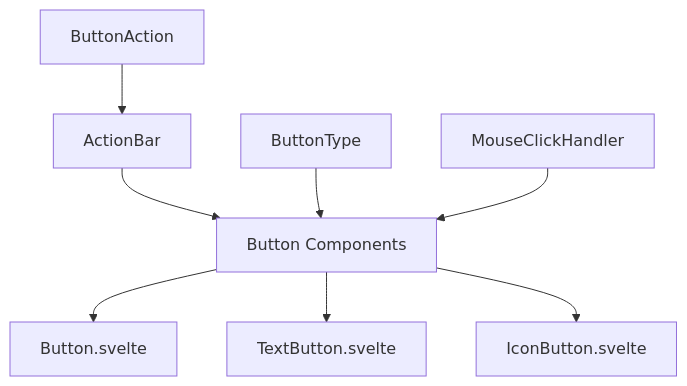
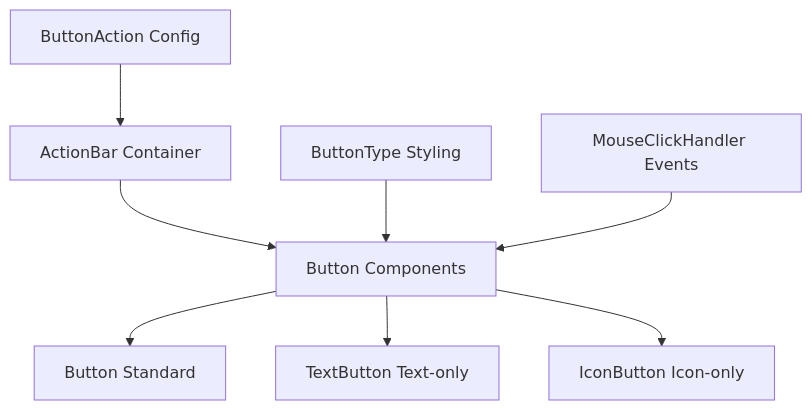
The diagram in docs/buttons/en/README.md (ticatec/uniface-element), drawn with Mermaid before and after one commit. The commit also changed other lines of this file and 118 other files, not shown here.

````diff
--- a/docs/buttons/en/README.md
+++ b/docs/buttons/en/README.md
@@ -29,10 +55,10 @@
 ```mermaid
 graph TD
-    A[ActionBar] --> B[Button Components]
-    B --> C[Button.svelte]
-    B --> D[TextButton.svelte]
-    B --> E[IconButton.svelte]
-    F[ButtonAction] --> A
-    G[ButtonType] --> B
-    H[MouseClickHandler] --> B
+    A[ActionBar Container] --> B[Button Components]
+    B --> C[Button Standard]
+    B --> D[TextButton Text-only]
+    B --> E[IconButton Icon-only]
+    F[ButtonAction Config] --> A
+    G[ButtonType Styling] --> B
+    H[MouseClickHandler Events] --> B
 ```
````
